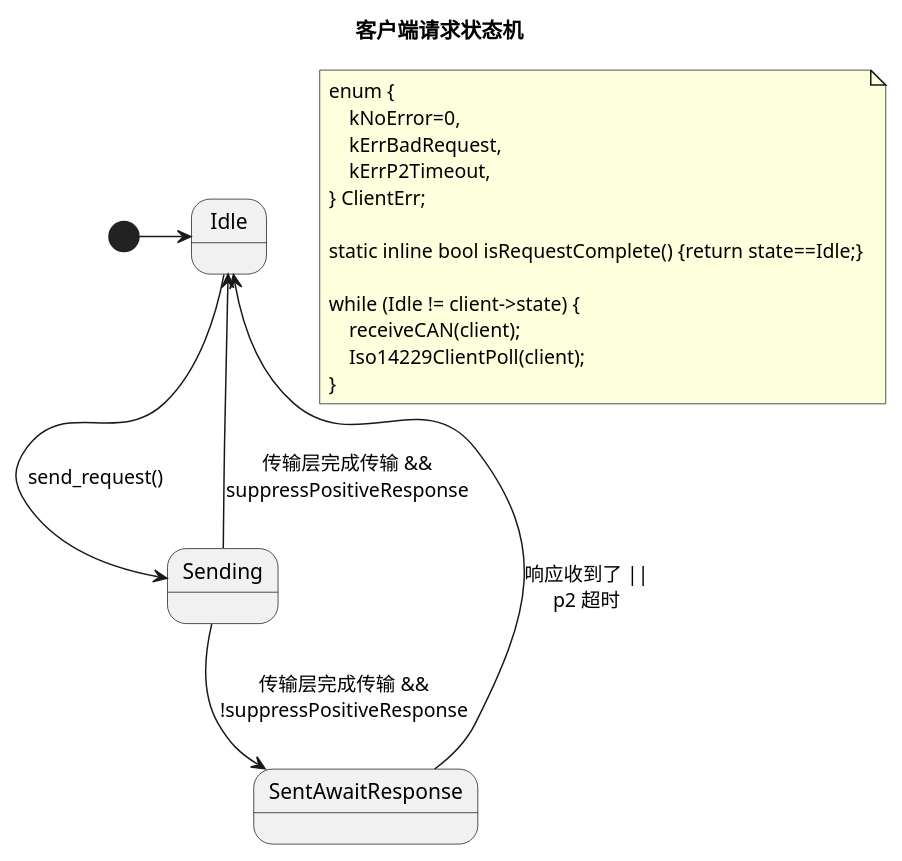
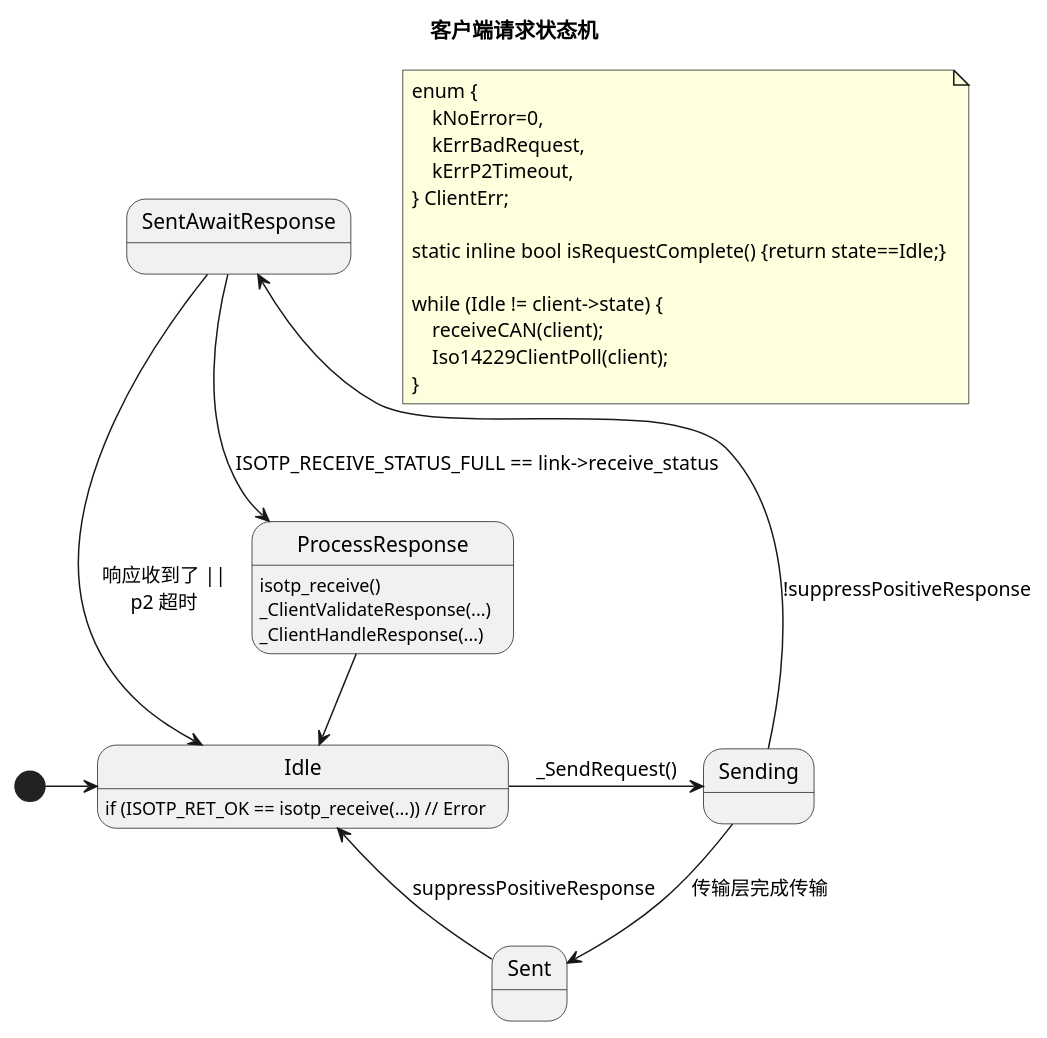
The first of 4 diagrams in README.md (driftregion/iso14229), drawn with PlantUML before and after one commit. The commit also changed other lines of this file and 10 other files, not shown here.

````diff
--- a/README.md
+++ b/README.md
@@ -216,32 +220,41 @@
 ```plantuml
 @startuml
 title 客户端请求状态机
 note as N1
 enum {
     kNoError=0,
     kErrBadRequest,
     kErrP2Timeout,
 } ClientErr;
 
 static inline bool isRequestComplete() {return state==Idle;}
 
 while (Idle != client->state) {
     receiveCAN(client);
     Iso14229ClientPoll(client);
 }
 end note
 
-
 state Idle
 state Sending
+state Sent
 state SentAwaitResponse
+state ProcessResponse
+Idle: if (ISOTP_RET_OK == isotp_receive(...)) // Error
+ProcessResponse: isotp_receive()
+ProcessResponse: _ClientValidateResponse(...)
+ProcessResponse: _ClientHandleResponse(...)
 
-Sending --> Idle: 传输层完成传输 &&\nsuppressPositiveResponse
-Sending --> SentAwaitResponse: 传输层完成传输 &&\n!suppressPositiveResponse
+Sending --> Sent: 传输层完成传输 
+
+Sent --> Idle : suppressPositiveResponse
+Sending --> SentAwaitResponse: !suppressPositiveResponse
 SentAwaitResponse -> Idle: 响应收到了 ||\np2 超时
+SentAwaitResponse --> ProcessResponse : ISOTP_RECEIVE_STATUS_FULL == link->receive_status
+ProcessResponse --> Idle
 
 [*] -> Idle
-Idle -> Sending : send_request()
+Idle -> Sending : _SendRequest()
 
 @enduml
 ```
````
